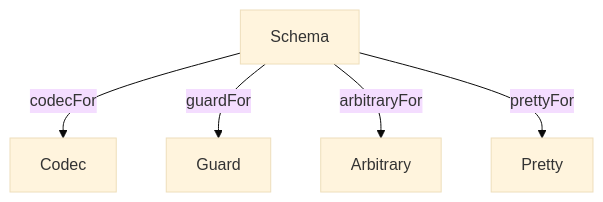
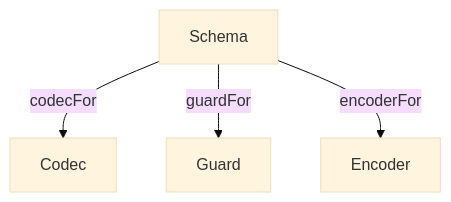
One commit to Effect-TS/schema changed the diagram in README.md. Above: the diagram before and after it, drawn with Mermaid (base theme). The commit also changed other lines of this file and 5 other files, not shown here.

````diff
--- a/README.md
+++ b/README.md
@@ -17,7 +17,6 @@
 ```mermaid
 flowchart TD
   Schema -->|codecFor| Codec
   Schema -->|guardFor| Guard
-  Schema -->|arbitraryFor| Arbitrary
-  Schema -->|prettyFor| Pretty
+  Schema -->|encoderFor| Encoder
 ```
````
